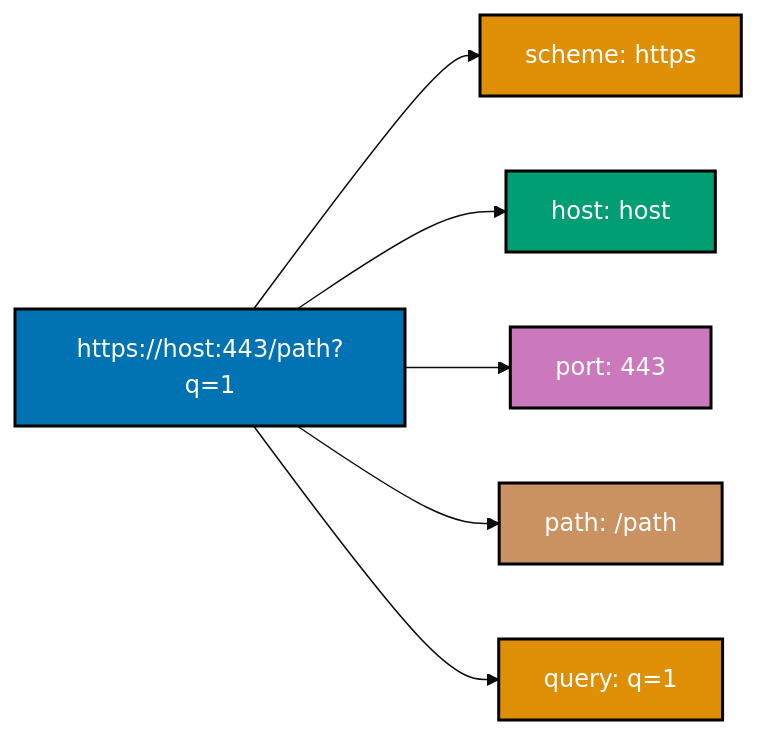
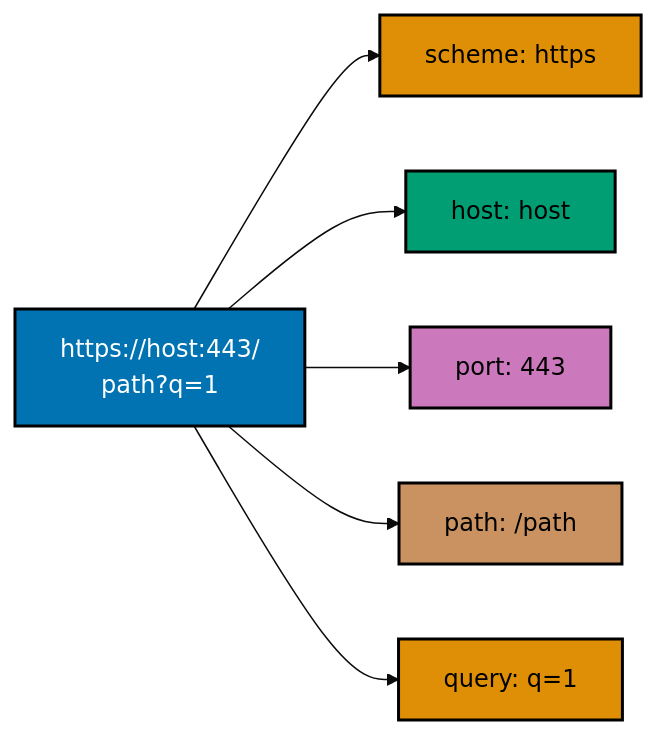
Before and after one commit to wahidyankf/ose-public: the third of 11 diagrams in apps/ayokoding-www/content/en/learn/courses/networking-essentials/learning/beginner.md, drawn with Mermaid (base theme). The commit also changed other lines of this file and 145 other files, not shown here.

First line of the commit message:
fix(mermaid): bring the second half of the courses diagrams onto the accessible palette

````diff
--- a/apps/ayokoding-www/content/en/learn/courses/networking-essentials/learning/beginner.md
+++ b/apps/ayokoding-www/content/en/learn/courses/networking-essentials/learning/beginner.md
@@ -246,15 +252,18 @@
 ```mermaid
 %% Color Palette: Blue #0173B2, Orange #DE8F05, Teal #029E73, Purple #CC78BC, Brown #CA9161
 graph LR
-    A["https://host:443/path?q=1"]:::blue --> B["scheme: https"]:::orange
+    accTitle: Example 7: URL Anatomy Breakdown
+    accDescr: Graph with 6 nodes and 5 connections. Nodes: https://host:443/ path?q=1, scheme: https, host: host, port: 443, path: /path, query: q=1. Connections: https://host:443/ path?q=1 to scheme: https, https://host:443/ path?q=1 to host: host, https://host:443/ path?q=1 to port: 443, https://host:443/ path?q=1 to path: /path, https://host:443/ path?q=1 to query: q=1.
+    A["https://host:443/<br/>path?q=1"]:::blue --> B["scheme: https"]:::orange
     A --> C["host: host"]:::teal
     A --> D["port: 443"]:::purple
     A --> E["path: /path"]:::brown
     A --> F["query: q=1"]:::orange
 
     classDef blue fill:#0173B2,stroke:#000000,color:#FFFFFF,stroke-width:2px
-    classDef orange fill:#DE8F05,stroke:#000000,color:#FFFFFF,stroke-width:2px
-    classDef teal fill:#029E73,stroke:#000000,color:#FFFFFF,stroke-width:2px
-    classDef purple fill:#CC78BC,stroke:#000000,color:#FFFFFF,stroke-width:2px
-    classDef brown fill:#CA9161,stroke:#000000,color:#FFFFFF,stroke-width:2px
+    classDef orange fill:#DE8F05,stroke:#000000,color:#000000,stroke-width:2px
+    classDef teal fill:#029E73,stroke:#000000,color:#000000,stroke-width:2px
+    classDef purple fill:#CC78BC,stroke:#000000,color:#000000,stroke-width:2px
+    classDef brown fill:#CA9161,stroke:#000000,color:#000000,stroke-width:2px
+    classDef default fill:#FFFFFF,stroke:#000000,color:#000000
 ```
````
